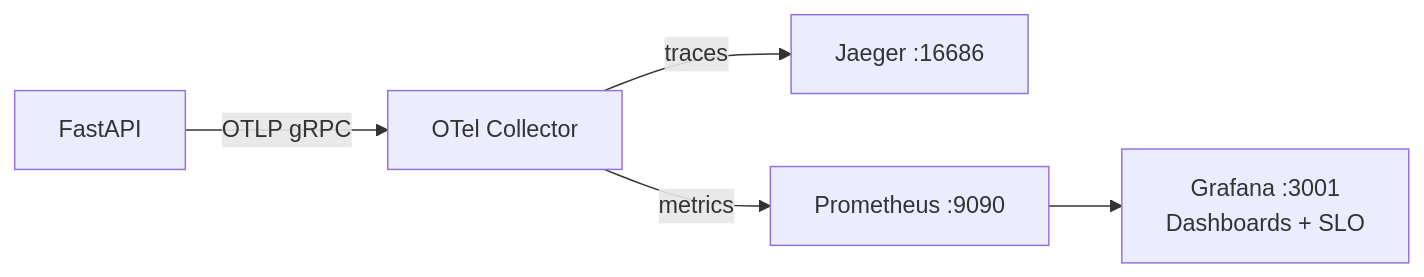
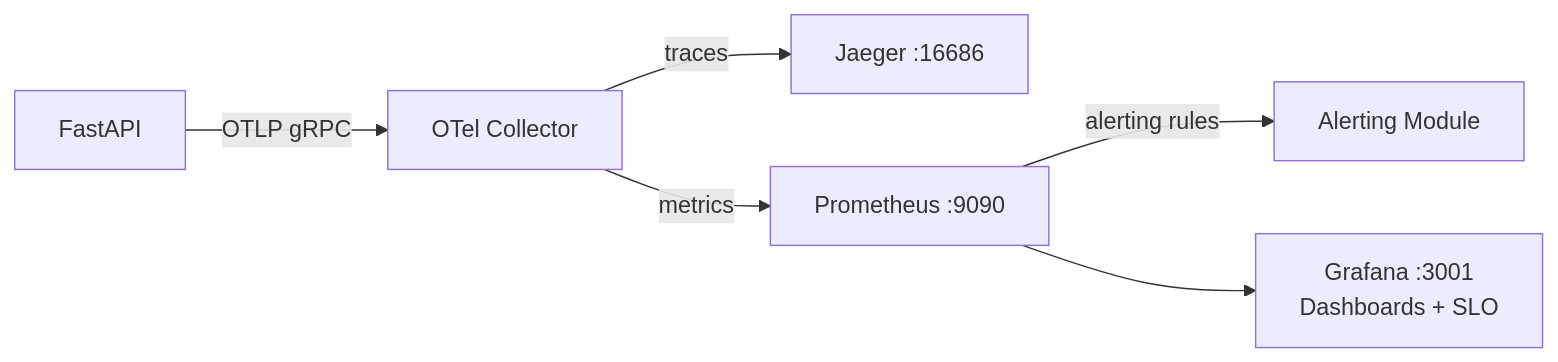
Before and after one commit to FilipiWanderley/CauSium: diagram 15 of 30 in README.md, drawn with Mermaid. The commit also changed other lines of this file, not shown here.

````diff
--- a/README.md
+++ b/README.md
@@ -913,7 +918,8 @@
 ```mermaid
 flowchart LR
     APP[FastAPI] -->|OTLP gRPC| COLL[OTel Collector]
     COLL -->|traces| JAEGER[Jaeger :16686]
     COLL -->|metrics| PROM[Prometheus :9090]
+    PROM -->|alerting rules| ALERT[Alerting Module]
     PROM --> GRAF[Grafana :3001\nDashboards + SLO]
 ```
````
